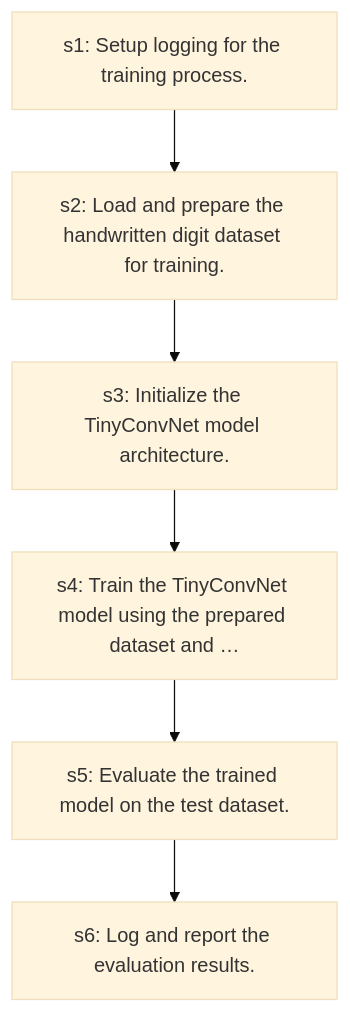
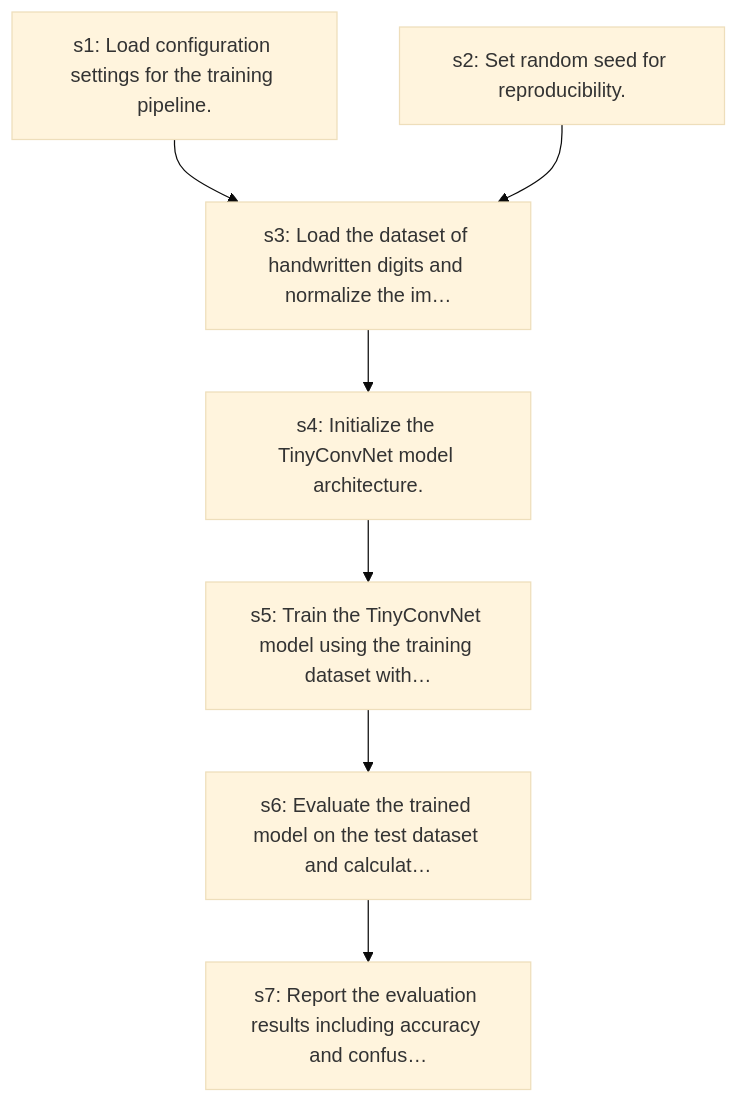
One commit to Yukieos/paper2code-plus changed the diagram in samples/cnn_classifier/precomputed/dag.mmd. Above: the diagram before and after it, drawn with Mermaid (base theme). The commit also changed 51 other files, not shown here.

```diff
--- a/samples/cnn_classifier/precomputed/dag.mmd
+++ b/samples/cnn_classifier/precomputed/dag.mmd
@@ -1,12 +1,14 @@
 flowchart TD
-  s1["s1: Setup logging for the training process."]
-  s2["s2: Load and prepare the handwritten digit dataset for training."]
-  s3["s3: Initialize the TinyConvNet model architecture."]
-  s4["s4: Train the TinyConvNet model using the prepared dataset and …"]
-  s5["s5: Evaluate the trained model on the test dataset."]
-  s6["s6: Log and report the evaluation results."]
-  s1 --> s2
+  s1["s1: Load configuration settings for the training pipeline."]
+  s2["s2: Set random seed for reproducibility."]
+  s3["s3: Load the dataset of handwritten digits and normalize the im…"]
+  s4["s4: Initialize the TinyConvNet model architecture."]
+  s5["s5: Train the TinyConvNet model using the training dataset with…"]
+  s6["s6: Evaluate the trained model on the test dataset and calculat…"]
+  s7["s7: Report the evaluation results including accuracy and confus…"]
+  s1 --> s3
   s2 --> s3
   s3 --> s4
   s4 --> s5
   s5 --> s6
+  s6 --> s7
```
